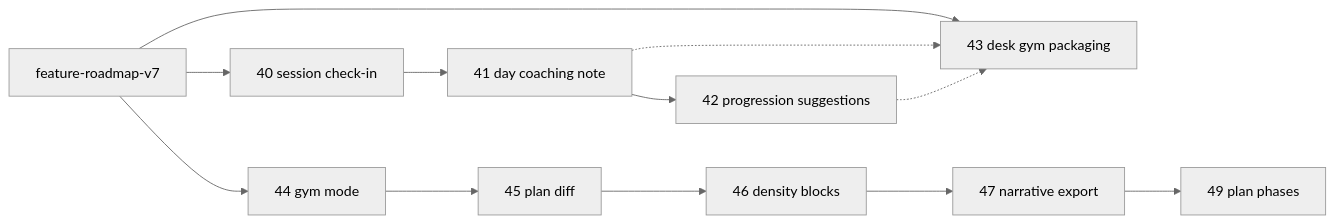
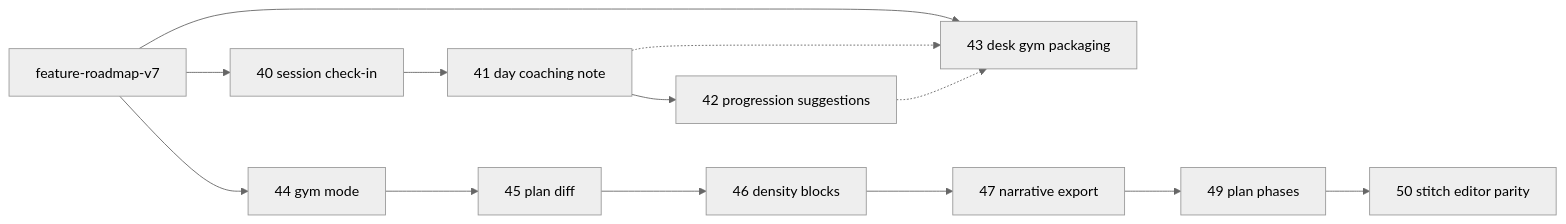
The first of 4 diagrams in .cursor/plans/README.md (edar-dev/powercoach-studio), drawn with Mermaid (neutral theme) before and after one commit. The commit also changed other lines of this file and 27 other files, not shown here.

First line of the commit message:
feat(workouts): Stitch editor parity with session modal and library drawer

````diff
--- a/.cursor/plans/README.md
+++ b/.cursor/plans/README.md
@@ -27,19 +28,20 @@
 ```mermaid
 flowchart LR
   V7[feature-roadmap-v7]
   F40[40 session check-in]
   F41[41 day coaching note]
   F42[42 progression suggestions]
   F43[43 desk gym packaging]
   F44[44 gym mode]
   F45[45 plan diff]
   F46[46 density blocks]
   F47[47 narrative export]
   F49[49 plan phases]
+  F50[50 stitch editor parity]
   V7 --> F40 --> F41 --> F42
   V7 --> F43
   F41 -.-> F43
   F42 -.-> F43
   V7 --> F44 --> F45 --> F46 --> F47
-  F47 --> F49
+  F47 --> F49 --> F50
 ```
````
